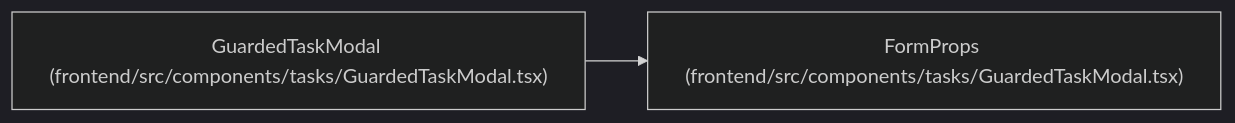
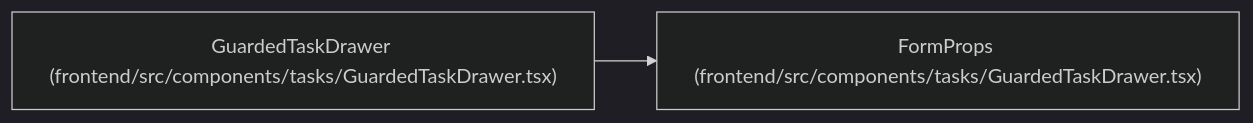
One commit to Denissvgn/WorkChord changed the diagram in docs/llm_wiki/entities/FormProps.md. Above: the diagram before and after it, drawn with Mermaid (dark theme). The commit also changed other lines of this file and 2373 other files, not shown here.

````diff
--- a/docs/llm_wiki/entities/FormProps.md
+++ b/docs/llm_wiki/entities/FormProps.md
@@ -28,8 +28,8 @@
 ```mermaid
 flowchart LR
-    n0["FormProps (frontend/src/components/tasks/GuardedTaskModal.tsx)"]
-    n1["GuardedTaskModal (frontend/src/components/tasks/GuardedTaskModal.tsx)"]
+    n0["FormProps (frontend/src/components/tasks/GuardedTaskDrawer.tsx)"]
+    n1["GuardedTaskDrawer (frontend/src/components/tasks/GuardedTaskDrawer.tsx)"]
     n1 --> n0
-    click n0 "../modules/GuardedTaskModal.md"
-    click n1 "../modules/GuardedTaskModal.md"
+    click n0 "../modules/GuardedTaskDrawer.md"
+    click n1 "../modules/GuardedTaskDrawer.md"
 ```
````
